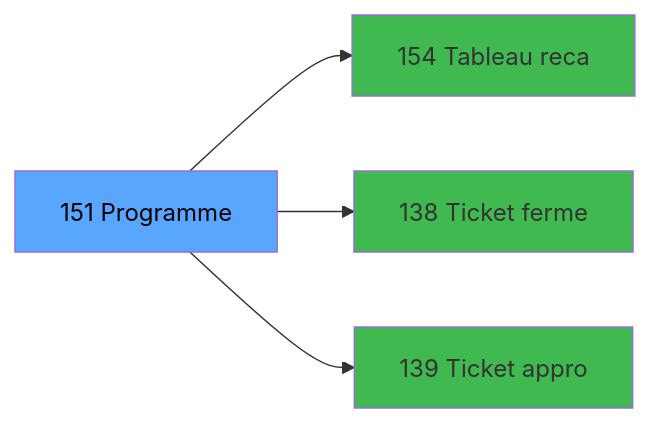
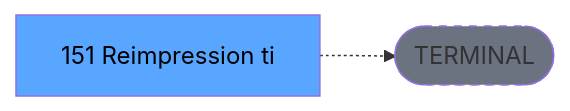
The third of 3 diagrams in .openspec/specs/ADH-IDE-151.md (thonyAGP/lecteur-magic), drawn with Mermaid before and after one commit. The commit also changed other lines of this file and 701 other files, not shown here.

````diff
--- a/.openspec/specs/ADH-IDE-151.md
+++ b/.openspec/specs/ADH-IDE-151.md
@@ -140,14 +135,8 @@
 ```mermaid
 graph LR
-    T[151 Programme]
-    C154[154 Tableau reca]
-    T --> C154
-    C138[138 Ticket ferme]
-    T --> C138
-    C139[139 Ticket appro]
-    T --> C139
+    T[151 Reimpression ti]
+    TERM([TERMINAL])
+    T -.-> TERM
+    style TERM fill:#6b7280,stroke-dasharray: 5 5
     style T fill:#58a6ff,color:#000
-    style C154 fill:#3fb950
-    style C138 fill:#3fb950
-    style C139 fill:#3fb950
 ```
````
